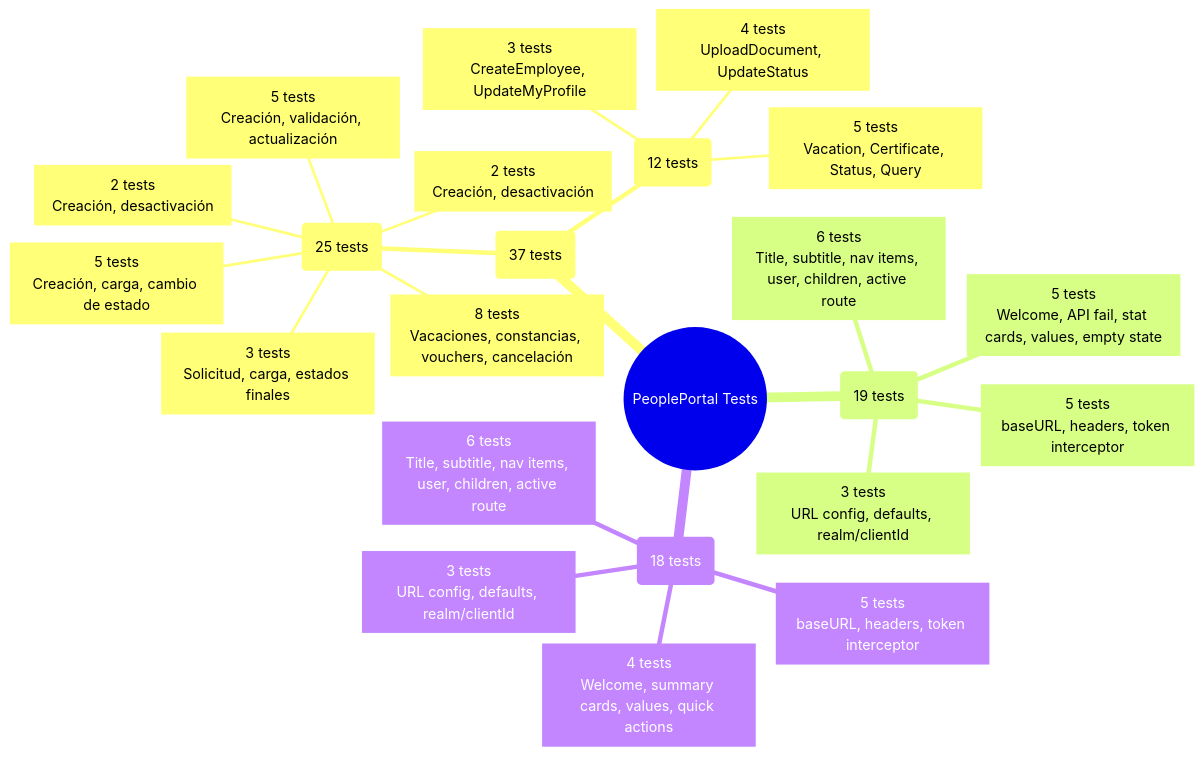
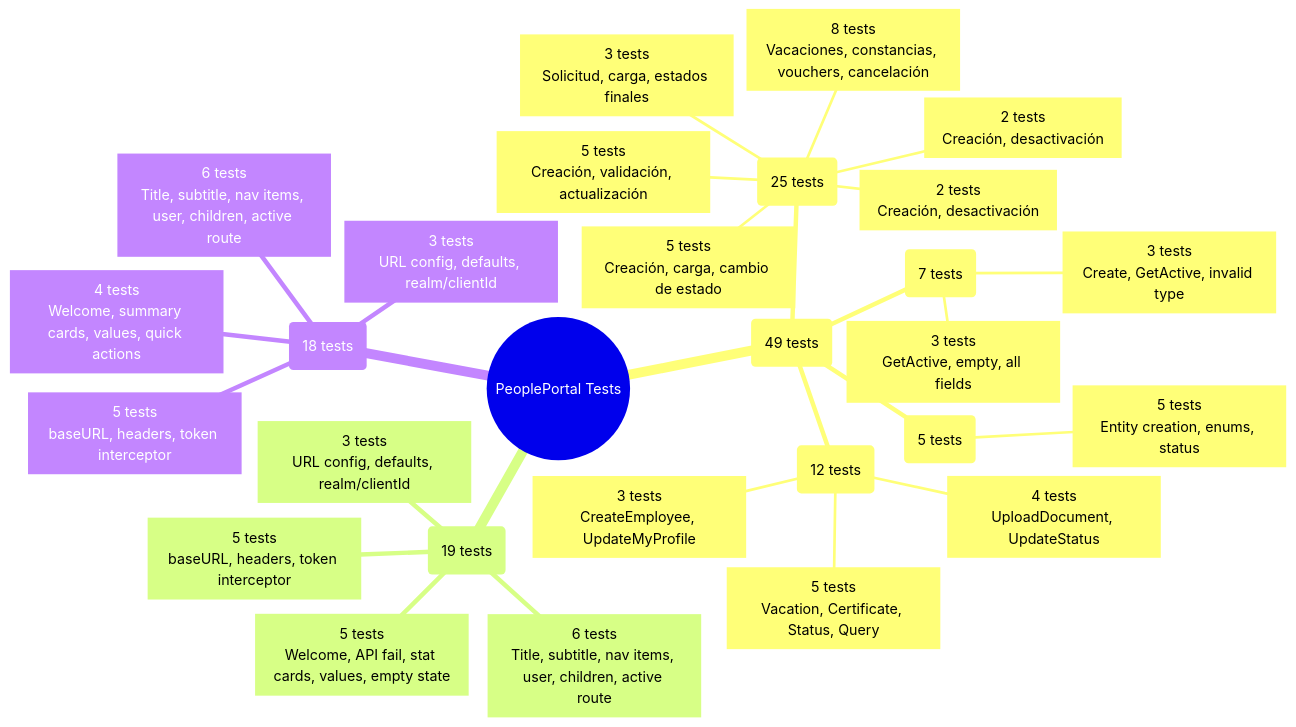
The third of 6 diagrams in docs/README.md (bryanjosue17/ProyectoIA-Forza), drawn with Mermaid before and after one commit.

Commit message:
docs: update root docs with new endpoints and test counts (86 total)

````diff
--- a/docs/README.md
+++ b/docs/README.md
@@ -70,26 +70,31 @@
 ```mermaid
 mindmap
   root((PeoplePortal Tests))
-    Backend (37 tests)
+    Backend (49 tests)
       Domain (25 tests)
         EmployeeTests[5 tests<br/>Creación, validación, actualización]
         HrRequestTests[8 tests<br/>Vacaciones, constancias, vouchers, cancelación]
         DocumentTests[5 tests<br/>Creación, carga, cambio de estado]
         VoucherTests[3 tests<br/>Solicitud, carga, estados finales]
         AnnouncementTests[2 tests<br/>Creación, desactivación]
         BenefitTests[2 tests<br/>Creación, desactivación]
       Application (12 tests)
         EmployeeHandlerTests[3 tests<br/>CreateEmployee, UpdateMyProfile]
         DocumentHandlerTests[4 tests<br/>UploadDocument, UpdateStatus]
         RequestHandlersTests[5 tests<br/>Vacation, Certificate, Status, Query]
+      Controllers (7 tests)
+        AnnouncementHandlerTests[3 tests<br/>Create, GetActive, invalid type]
+        BenefitHandlerTests[3 tests<br/>GetActive, empty, all fields]
+      Integration (5 tests)
+        BasicTests[5 tests<br/>Entity creation, enums, status]
     Frontend Colaborador (19 tests)
       Dashboard.test[5 tests<br/>Welcome, API fail, stat cards, values, empty state]
       Layout.test[6 tests<br/>Title, subtitle, nav items, user, children, active route]
       keycloak.test[3 tests<br/>URL config, defaults, realm/clientId]
       client.test[5 tests<br/>baseURL, headers, token interceptor]
     Frontend RRHH (18 tests)
       Dashboard.test[4 tests<br/>Welcome, summary cards, values, quick actions]
       Layout.test[6 tests<br/>Title, subtitle, nav items, user, children, active route]
       keycloak.test[3 tests<br/>URL config, defaults, realm/clientId]
       client.test[5 tests<br/>baseURL, headers, token interceptor]
 ```
````
